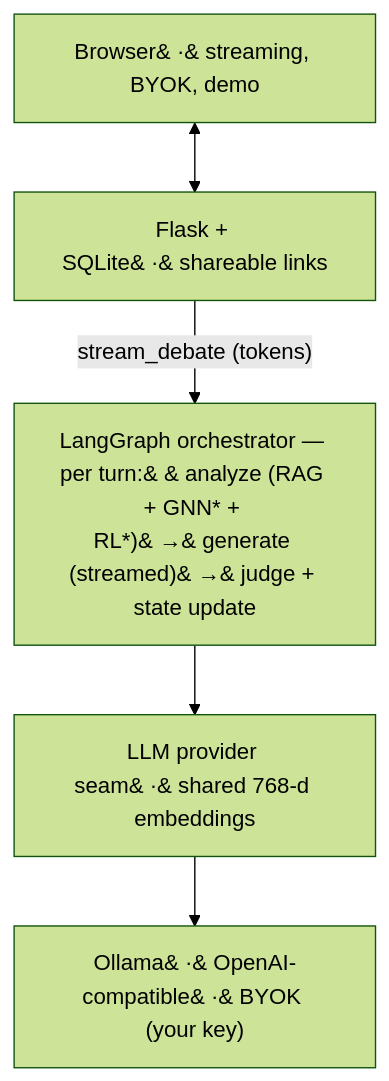
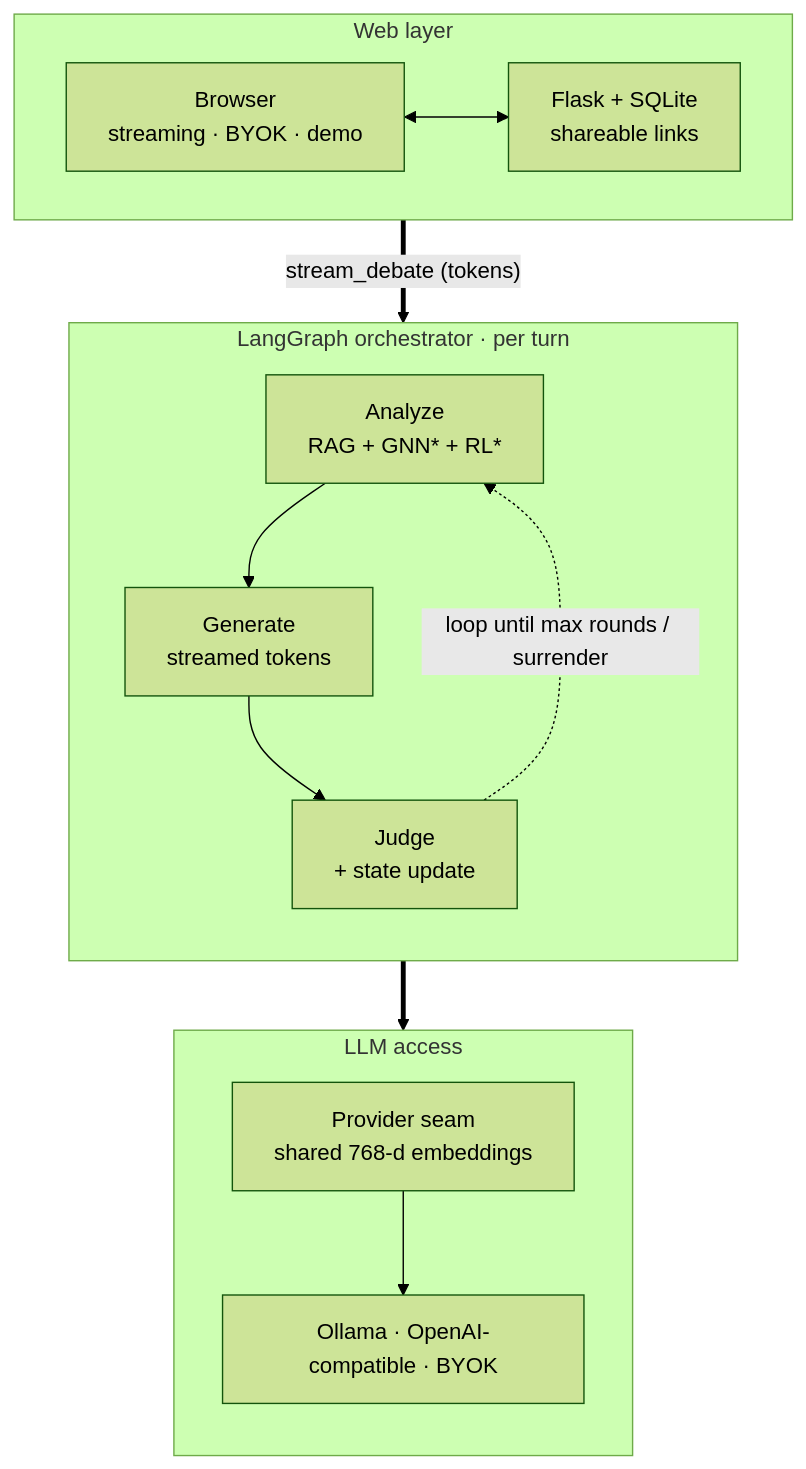
One commit to AluminumShark/Social-Debate-AI changed the diagram in README.md. Above: the diagram before and after it, drawn with Mermaid (forest theme).

Commit message:
docs: give the README diagram a layered structure
Group into Web / Orchestrator (per-turn cycle) / LLM access subgraphs with TB internal direction to avoid title clipping.

````diff
--- a/README.md
+++ b/README.md
@@ -57,7 +57,20 @@
 ```mermaid
 flowchart TB
-    U["Browser&#160;·&#160;streaming, BYOK, demo"] <--> F["Flask + SQLite&#160;·&#160;shareable links"]
-    F -->|"stream_debate (tokens)"| O["LangGraph orchestrator — per turn:&#160;&#160;analyze (RAG + GNN* + RL*)&#160;→&#160;generate (streamed)&#160;→&#160;judge + state update"]
-    O --> S["LLM provider seam&#160;·&#160;shared 768-d embeddings"]
-    S --> B["Ollama&#160;·&#160;OpenAI-compatible&#160;·&#160;BYOK (your key)"]
+    subgraph Web ["Web layer"]
+        direction LR
+        U["Browser<br/>streaming · BYOK · demo"] <--> F["Flask + SQLite<br/>shareable links"]
+    end
+
+    subgraph Turn ["LangGraph orchestrator · per turn"]
+        direction TB
+        AN["Analyze<br/>RAG + GNN* + RL*"] --> GEN["Generate<br/>streamed tokens"] --> JU["Judge<br/>+ state update"]
+        JU -. "loop until max rounds / surrender" .-> AN
+    end
+
+    subgraph Backend ["LLM access"]
+        direction TB
+        S["Provider seam<br/>shared 768-d embeddings"] --> B["Ollama · OpenAI-compatible · BYOK"]
+    end
+
+    Web ==>|"stream_debate (tokens)"| Turn ==> Backend
 ```
````
